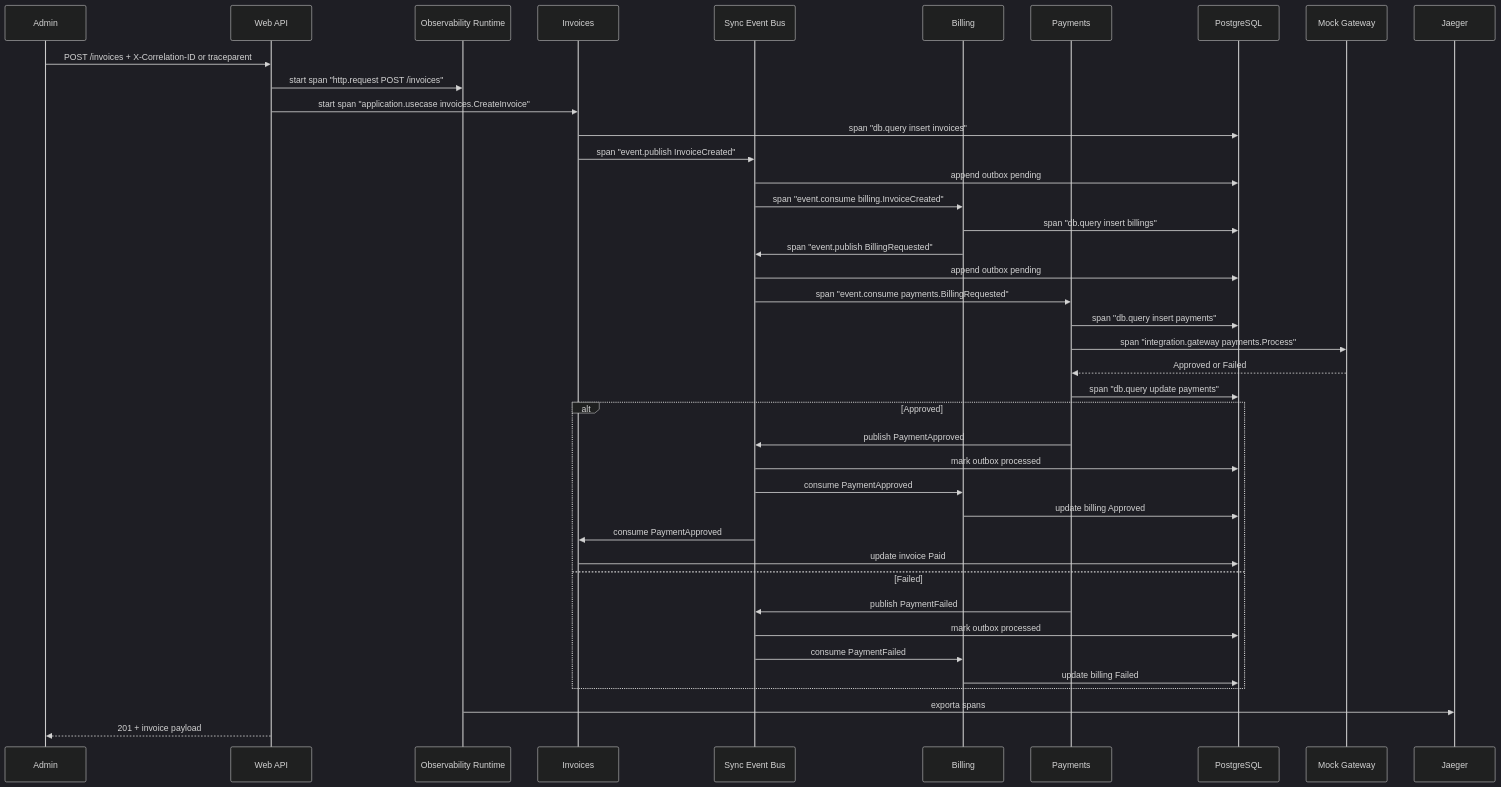
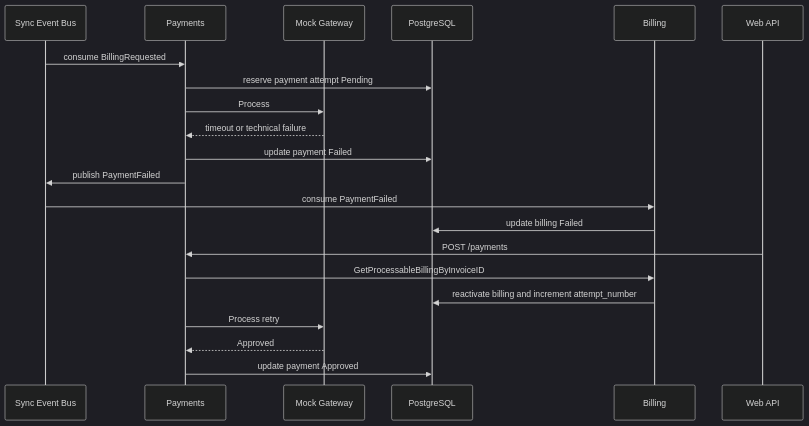
One commit to rgomids/atlas-erp-core changed diagram 11 of 14 in docs/diagrams/architecture.md. Above: the diagram before and after it, drawn with Mermaid (dark theme). The commit also changed other lines of this file and 33 other files, not shown here.

````diff
--- a/docs/diagrams/architecture.md
+++ b/docs/diagrams/architecture.md
@@ -90,44 +256,24 @@
 ```mermaid
 sequenceDiagram
-    participant Admin
+    participant Bus as Sync Event Bus
+    participant Payments
+    participant Gateway as Mock Gateway
+    participant DB as PostgreSQL
+    participant Billing
     participant API as Web API
-    participant OTel as Observability Runtime
-    participant Invoices
-    participant Bus as Sync Event Bus
-    participant Billing
-    participant Payments
-    participant DB as PostgreSQL
-    participant Gateway as Mock Gateway
-    participant Jaeger
 
-    Admin->>API: POST /invoices + X-Correlation-ID or traceparent
-    API->>OTel: start span "http.request POST /invoices"
-    API->>Invoices: start span "application.usecase invoices.CreateInvoice"
-    Invoices->>DB: span "db.query insert invoices"
-    Invoices->>Bus: span "event.publish InvoiceCreated"
-    Bus->>DB: append outbox pending
-    Bus->>Billing: span "event.consume billing.InvoiceCreated"
-    Billing->>DB: span "db.query insert billings"
-    Billing->>Bus: span "event.publish BillingRequested"
-    Bus->>DB: append outbox pending
-    Bus->>Payments: span "event.consume payments.BillingRequested"
-    Payments->>DB: span "db.query insert payments"
-    Payments->>Gateway: span "integration.gateway payments.Process"
-    Gateway-->>Payments: Approved or Failed
-    Payments->>DB: span "db.query update payments"
-    alt Approved
-        Payments->>Bus: publish PaymentApproved
-        Bus->>DB: mark outbox processed
-        Bus->>Billing: consume PaymentApproved
-        Billing->>DB: update billing Approved
-        Bus->>Invoices: consume PaymentApproved
-        Invoices->>DB: update invoice Paid
-    else Failed
-        Payments->>Bus: publish PaymentFailed
-        Bus->>DB: mark outbox processed
-        Bus->>Billing: consume PaymentFailed
-        Billing->>DB: update billing Failed
-    end
-    OTel->>Jaeger: exporta spans
-    API-->>Admin: 201 + invoice payload
+    Bus->>Payments: consume BillingRequested
+    Payments->>DB: reserve payment attempt Pending
+    Payments->>Gateway: Process
+    Gateway-->>Payments: timeout or technical failure
+    Payments->>DB: update payment Failed
+    Payments->>Bus: publish PaymentFailed
+    Bus->>Billing: consume PaymentFailed
+    Billing->>DB: update billing Failed
+    API->>Payments: POST /payments
+    Payments->>Billing: GetProcessableBillingByInvoiceID
+    Billing->>DB: reactivate billing and increment attempt_number
+    Payments->>Gateway: Process retry
+    Gateway-->>Payments: Approved
+    Payments->>DB: update payment Approved
 ```
````
